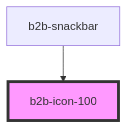
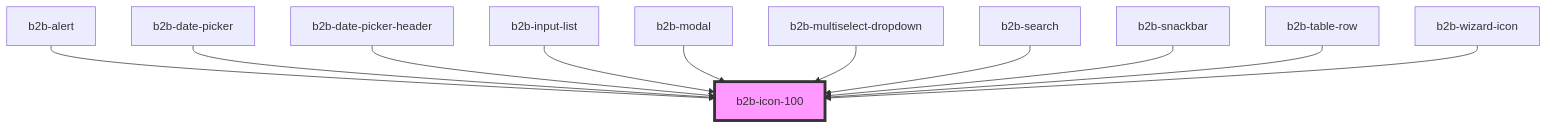
The diagram in packages/core-components/src/components/icon-100/readme.md (otto-de/b2b-design-system), drawn with Mermaid before and after one commit. The commit also changed other lines of this file and 105 other files, not shown here.

````diff
--- a/packages/core-components/src/components/icon-100/readme.md
+++ b/packages/core-components/src/components/icon-100/readme.md
@@ -26,5 +35,14 @@
 ```mermaid
 graph TD;
+  b2b-alert --> b2b-icon-100
+  b2b-date-picker --> b2b-icon-100
+  b2b-date-picker-header --> b2b-icon-100
+  b2b-input-list --> b2b-icon-100
+  b2b-modal --> b2b-icon-100
+  b2b-multiselect-dropdown --> b2b-icon-100
+  b2b-search --> b2b-icon-100
   b2b-snackbar --> b2b-icon-100
+  b2b-table-row --> b2b-icon-100
+  b2b-wizard-icon --> b2b-icon-100
   style b2b-icon-100 fill:#f9f,stroke:#333,stroke-width:4px
 ```
````
